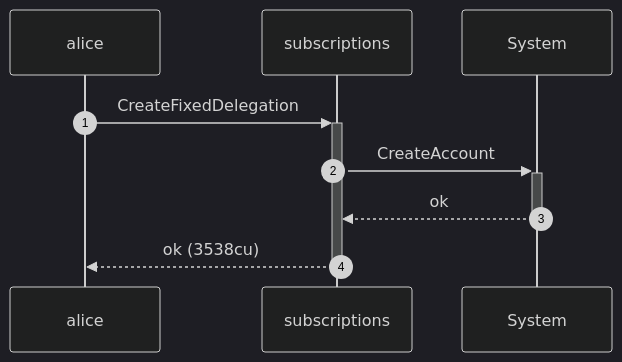
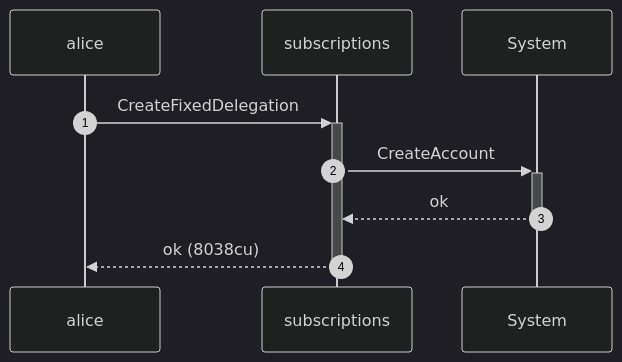
One commit to cds-rs/subscriptions changed the sixth of 8 diagrams in dsl_tests/create-a-fixed-delegation.md. Above: the diagram before and after it, drawn with Mermaid (dark theme). The commit also changed other lines of this file and 224 other files, not shown here.

````diff
--- a/dsl_tests/create-a-fixed-delegation.md
+++ b/dsl_tests/create-a-fixed-delegation.md
@@ -116,11 +122,11 @@
 ```mermaid
 sequenceDiagram
     autonumber
     participant alice
     participant subscriptions
     participant System
     alice ->>+ subscriptions: CreateFixedDelegation
     subscriptions ->>+ System: CreateAccount
     System -->>- subscriptions: ok
-    subscriptions -->>- alice: ok (3538cu)
+    subscriptions -->>- alice: ok (8038cu)
 ```
````
